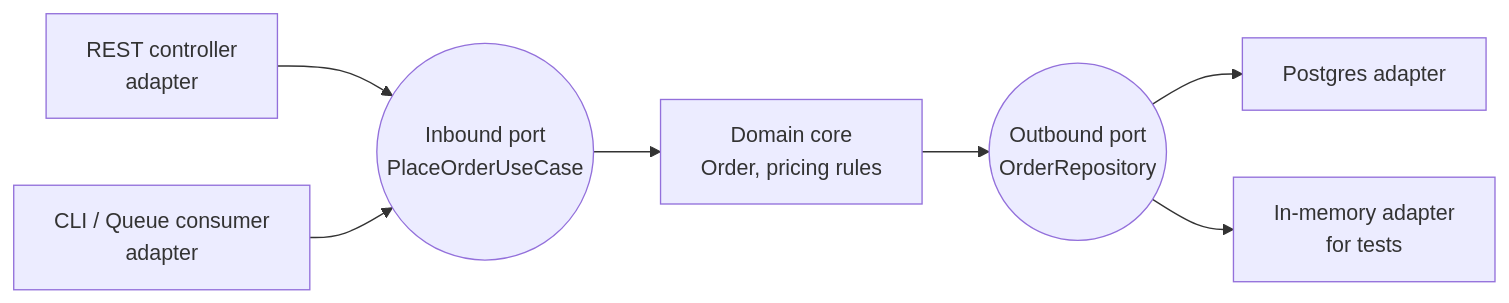
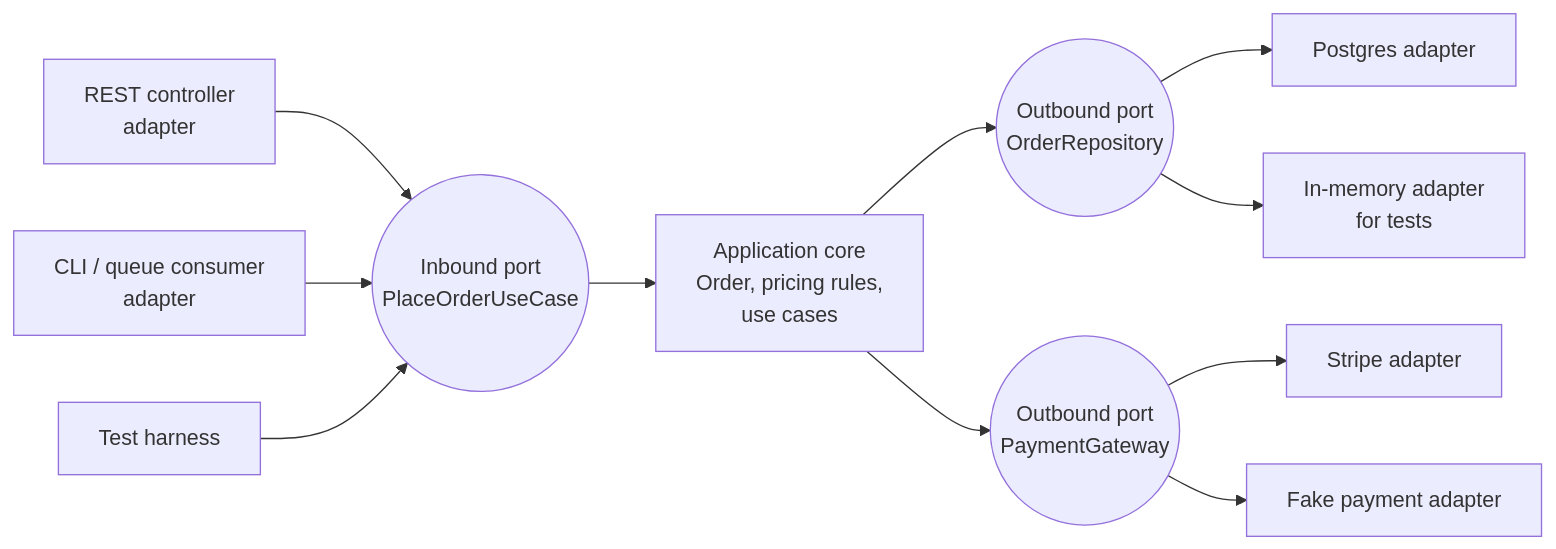
Before and after one commit to hshtgbrendo/software-dev-prep: the fifth of 5 diagrams in design/2 Architecture/Architectural Styles.md, drawn with Mermaid. The commit also changed other lines of this file and 28 other files, not shown here.

````diff
--- a/design/2 Architecture/Architectural Styles.md
+++ b/design/2 Architecture/Architectural Styles.md
@@ -149,9 +298,13 @@
 ```mermaid
 flowchart LR
-  HTTP[REST controller<br/>adapter] --> PortIn((Inbound port<br/>PlaceOrderUseCase))
-  CLI[CLI / Queue consumer<br/>adapter] --> PortIn
-  PortIn --> Core[Domain core<br/>Order, pricing rules]
-  Core --> PortOut((Outbound port<br/>OrderRepository))
-  PortOut --> PG[Postgres adapter]
-  PortOut --> Mem[In-memory adapter<br/>for tests]
+  REST[REST controller<br/>adapter] --> IN((Inbound port<br/>PlaceOrderUseCase))
+  CLI[CLI / queue consumer<br/>adapter] --> IN
+  TEST[Test harness] --> IN
+  IN --> CORE[Application core<br/>Order, pricing rules,<br/>use cases]
+  CORE --> OUT1((Outbound port<br/>OrderRepository))
+  CORE --> OUT2((Outbound port<br/>PaymentGateway))
+  OUT1 --> PG[Postgres adapter]
+  OUT1 --> MEM[In-memory adapter<br/>for tests]
+  OUT2 --> STRIPE[Stripe adapter]
+  OUT2 --> FAKE[Fake payment adapter]
 ```
````
